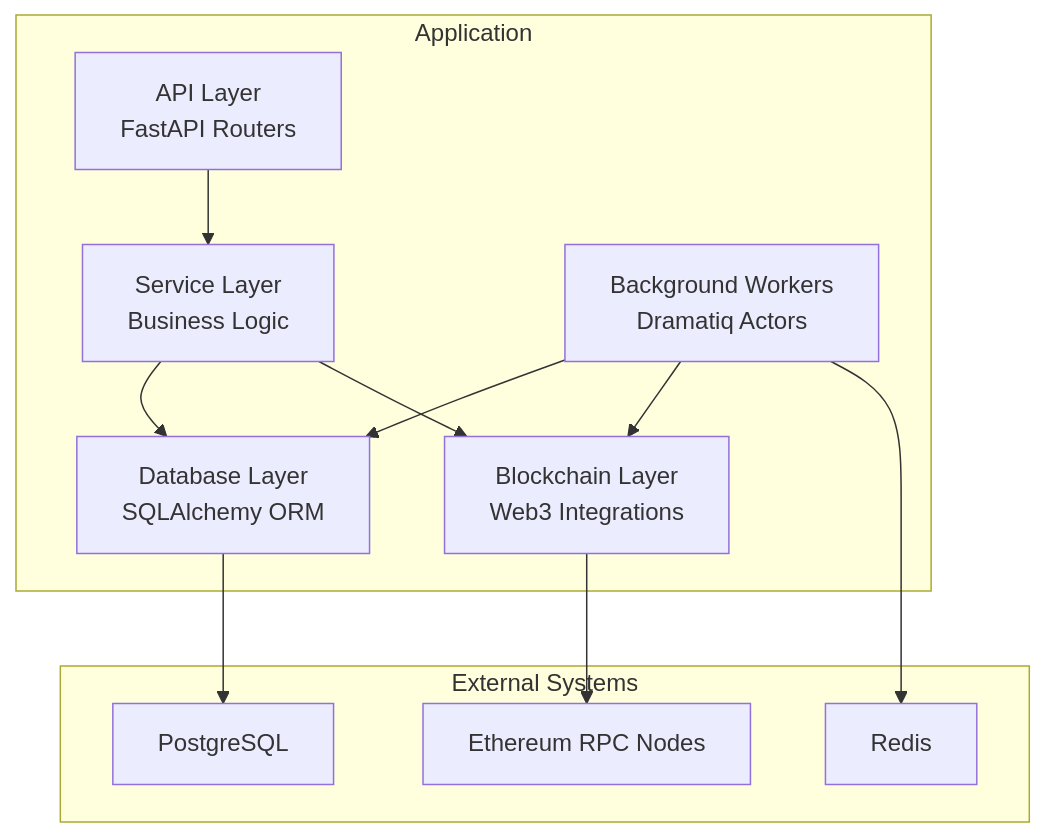
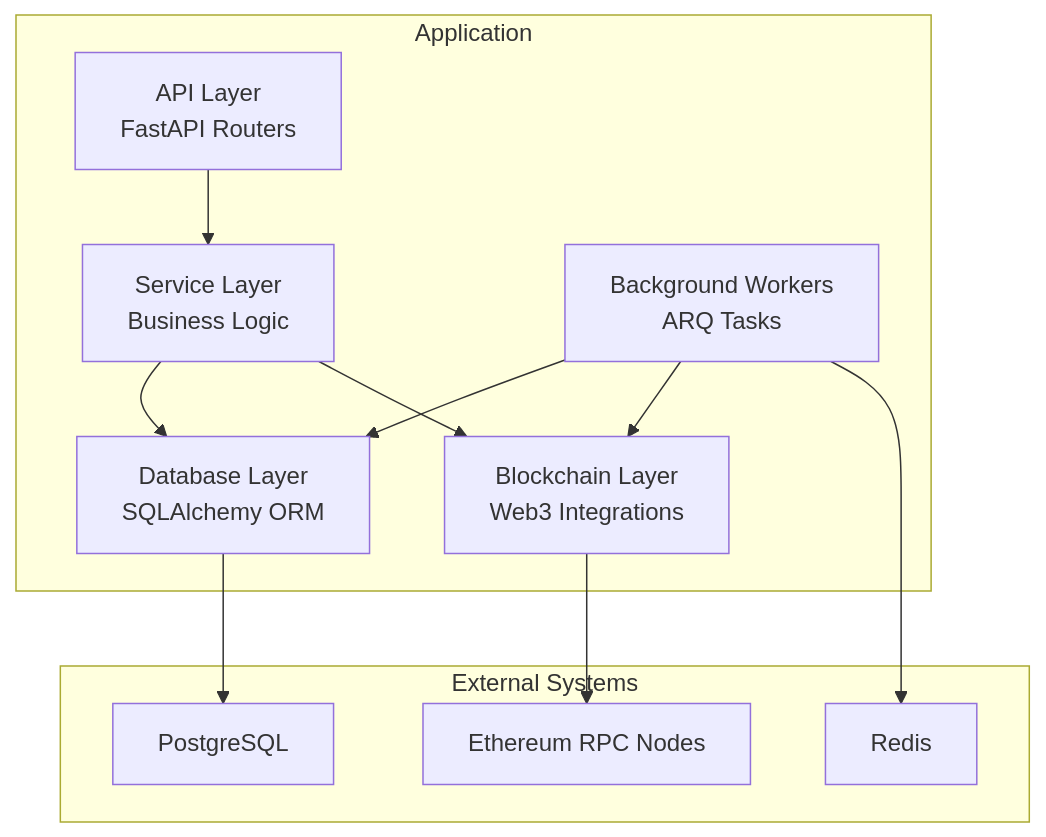
One commit to rakibhossain72/ctrip-docs changed the first of 11 diagrams in docs/project-overview/technology-stack-and-architecture.md. Above: the diagram before and after it, drawn with Mermaid. The commit also changed other lines of this file and 25 other files, not shown here.

First line of the commit message:
docs: Update documentation to reflect ARQ task migration from Dramatiq

````diff
--- a/docs/project-overview/technology-stack-and-architecture.md
+++ b/docs/project-overview/technology-stack-and-architecture.md
@@ -46,23 +46,23 @@
 ```mermaid
 graph TB
 subgraph "Application"
 API["API Layer<br/>FastAPI Routers"]
 Services["Service Layer<br/>Business Logic"]
 Blockchain["Blockchain Layer<br/>Web3 Integrations"]
 DB["Database Layer<br/>SQLAlchemy ORM"]
-Workers["Background Workers<br/>Dramatiq Actors"]
+Workers["Background Workers<br/>ARQ Tasks"]
 end
 subgraph "External Systems"
 Postgres["PostgreSQL"]
 Redis["Redis"]
 Chains["Ethereum RPC Nodes"]
 end
 API --> Services
 Services --> DB
 Services --> Blockchain
 Workers --> DB
 Workers --> Blockchain
 Workers --> Redis
 Blockchain --> Chains
 DB --> Postgres
 ```
````
